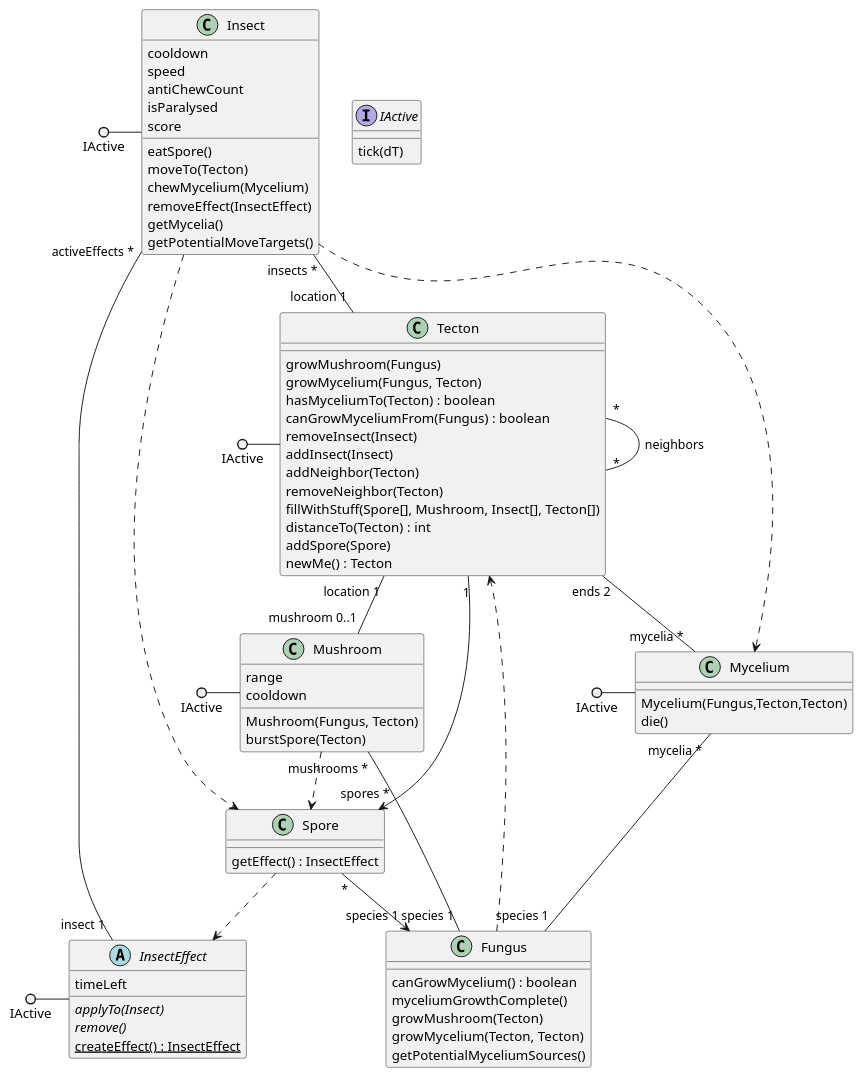
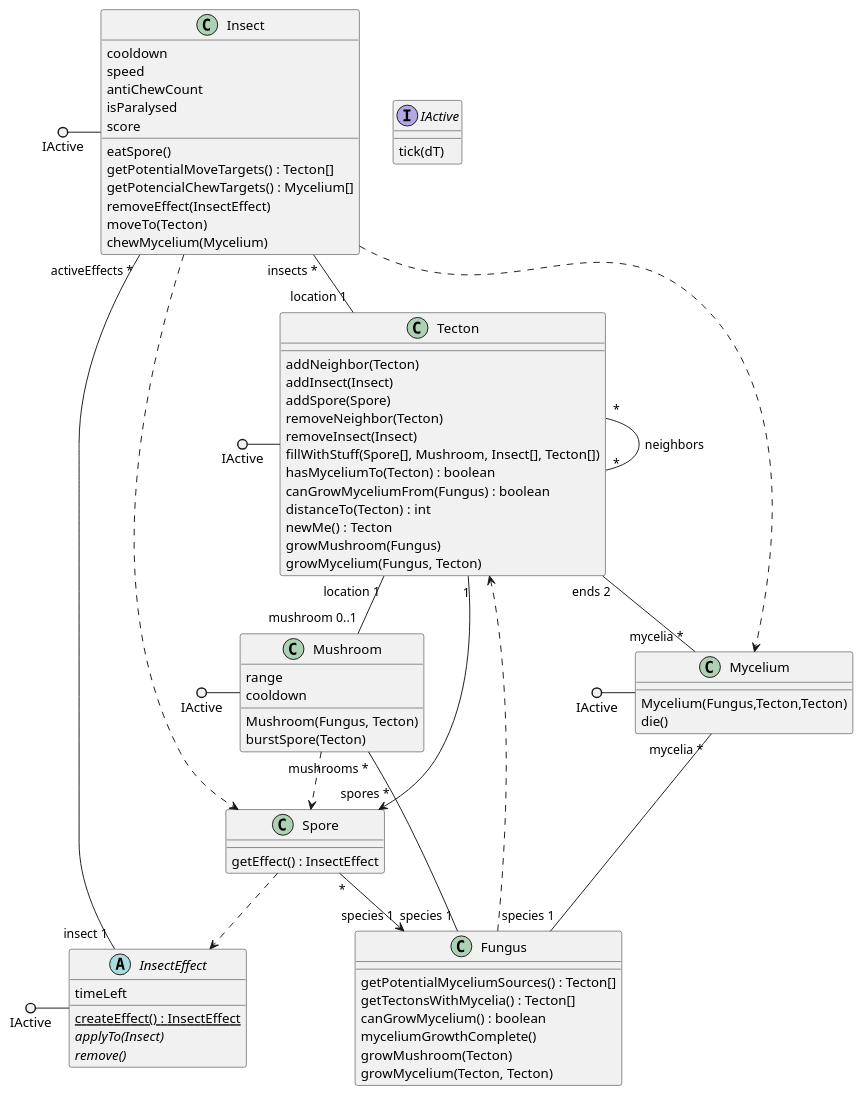
One commit to ZD4ve/projlab-error521 changed the diagram in classes.pu. Above: the diagram before and after it, drawn with PlantUML. The commit also changed 1 other file, not shown here.

```diff
--- a/classes.pu
+++ b/classes.pu
@@ -1,82 +1,83 @@
 @startuml classes
 interface IActive {
     tick(dT)
 }
 class Tecton {
+    addNeighbor(Tecton)
+    addInsect(Insect)
+    addSpore(Spore)
+    removeNeighbor(Tecton)
+    removeInsect(Insect)
+    fillWithStuff(Spore[], Mushroom, Insect[], Tecton[])
+    hasMyceliumTo(Tecton) : boolean
+    canGrowMyceliumFrom(Fungus) : boolean
+    distanceTo(Tecton) : int
+    newMe() : Tecton
     growMushroom(Fungus)
     growMycelium(Fungus, Tecton)
-    hasMyceliumTo(Tecton) : boolean
-    canGrowMyceliumFrom(Fungus) : boolean
-    removeInsect(Insect)
-    addInsect(Insect)
-    addNeighbor(Tecton)
-    removeNeighbor(Tecton)
-    fillWithStuff(Spore[], Mushroom, Insect[], Tecton[])
-    distanceTo(Tecton) : int
-    addSpore(Spore)
-    newMe() : Tecton
 }
 class Fungus {
+    getPotentialMyceliumSources() : Tecton[]
+    getTectonsWithMycelia() : Tecton[]
     canGrowMycelium() : boolean
     myceliumGrowthComplete()
     growMushroom(Tecton)
     growMycelium(Tecton, Tecton)
-    getPotentialMyceliumSources()
 }
 class Mycelium {
     Mycelium(Fungus,Tecton,Tecton)
     die()
 }
 class Mushroom {
     range
     cooldown
     Mushroom(Fungus, Tecton)
     burstSpore(Tecton)
 }
 class Spore {
     getEffect() : InsectEffect
 }
 class Insect {
     cooldown
     speed
     antiChewCount
     isParalysed
     score
     eatSpore()
+    getPotentialMoveTargets() : Tecton[]
+    getPotencialChewTargets() : Mycelium[]
+    removeEffect(InsectEffect)
     moveTo(Tecton)
     chewMycelium(Mycelium)
-    removeEffect(InsectEffect)
-    getMycelia()
-    getPotentialMoveTargets()
 }
 abstract InsectEffect {
     timeLeft
+    {static} createEffect() : InsectEffect
     {abstract} applyTo(Insect)
     {abstract} remove()
-    {static} createEffect() : InsectEffect
 }
 
 IActive ()- Tecton
 IActive ()- Mushroom
 IActive ()- Mycelium
 IActive ()- Insect
 IActive ()- InsectEffect
 
 Tecton "*" -- "*" Tecton : neighbors
 Tecton "ends 2" -- "mycelia *" Mycelium
 Tecton "1" --> "spores *" Spore
 Tecton "location 1" -- "mushroom 0..1" Mushroom
 
 Mycelium "mycelia *" -- "species 1" Fungus
 Insect "activeEffects *" -- "insect 1" InsectEffect
 Insect "insects *" -- "location 1" Tecton
 Fungus "species 1" -- "mushrooms *" Mushroom
 Spore "*" --> "species 1" Fungus
 
 Fungus ..> Tecton
 Spore ..> InsectEffect
 Insect ..> Mycelium
 Insect ..> Spore
 Mushroom ..> Spore
 
 @enduml
```
